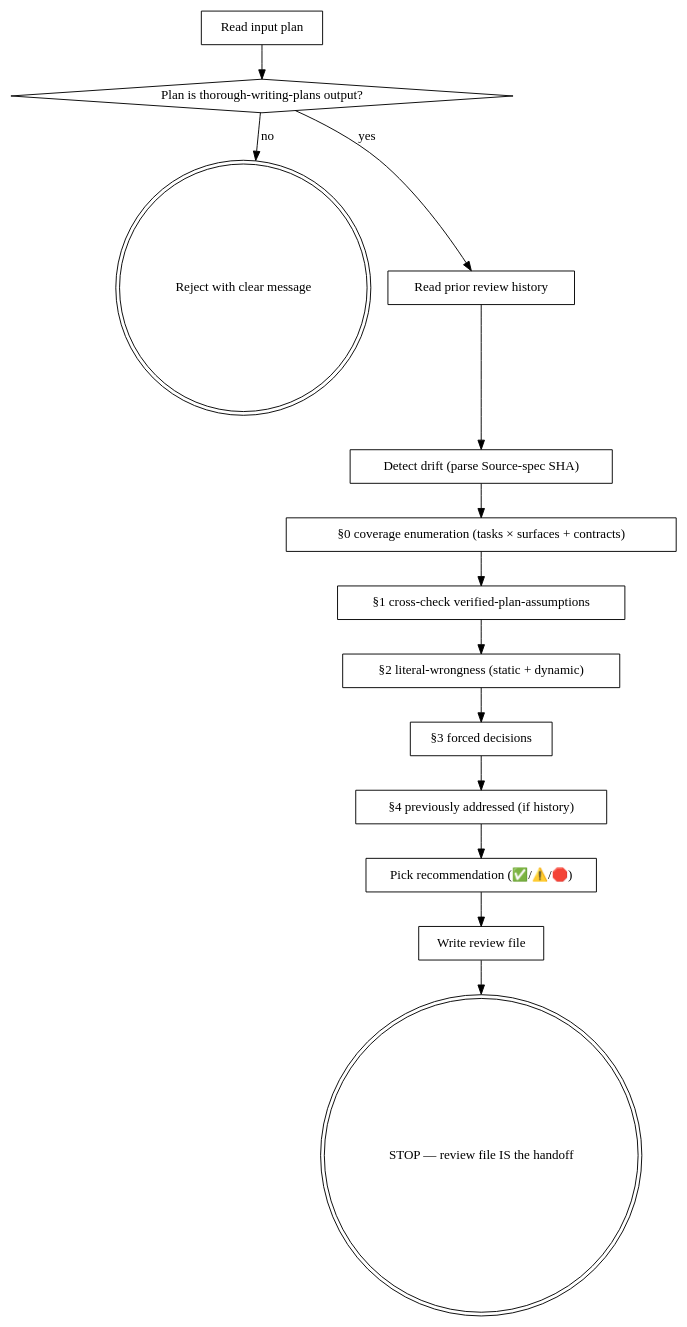
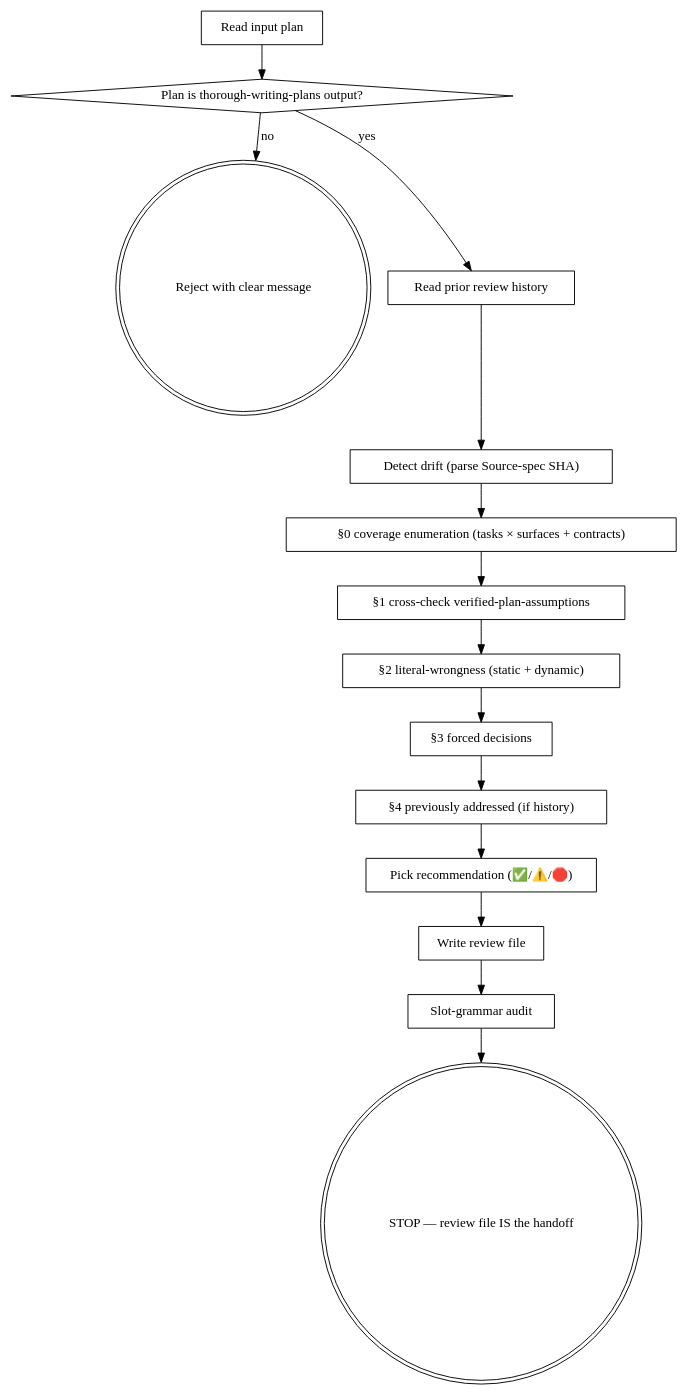
Before and after one commit to yv01p/peters-toolkit: the diagram in skills/critical-implementation-review/SKILL.md, drawn with Graphviz. The commit also changed other lines of this file and 1 other file, not shown here.

Commit message:
feat(cdr-cir): round-N>1 mandatory rows + two-form amendment anchor, fresh-context dispatch, slot-grammar audit (888l#96 R-c/R-f)

````diff
--- a/skills/critical-implementation-review/SKILL.md
+++ b/skills/critical-implementation-review/SKILL.md
@@ -42,30 +43,32 @@
 ```dot
 digraph cir_v2 {
     "Read input plan" [shape=box];
     "Plan is thorough-writing-plans output?" [shape=diamond];
     "Reject with clear message" [shape=doublecircle];
     "Read prior review history" [shape=box];
     "Detect drift (parse Source-spec SHA)" [shape=box];
     "§0 coverage enumeration (tasks × surfaces + contracts)" [shape=box];
     "§1 cross-check verified-plan-assumptions" [shape=box];
     "§2 literal-wrongness (static + dynamic)" [shape=box];
     "§3 forced decisions" [shape=box];
     "§4 previously addressed (if history)" [shape=box];
     "Pick recommendation (✅/⚠️/🛑)" [shape=box];
     "Write review file" [shape=box];
+    "Slot-grammar audit" [shape=box];
     "STOP — review file IS the handoff" [shape=doublecircle];
 
     "Read input plan" -> "Plan is thorough-writing-plans output?";
     "Plan is thorough-writing-plans output?" -> "Reject with clear message" [label="no"];
     "Plan is thorough-writing-plans output?" -> "Read prior review history" [label="yes"];
     "Read prior review history" -> "Detect drift (parse Source-spec SHA)";
     "Detect drift (parse Source-spec SHA)" -> "§0 coverage enumeration (tasks × surfaces + contracts)";
     "§0 coverage enumeration (tasks × surfaces + contracts)" -> "§1 cross-check verified-plan-assumptions";
     "§1 cross-check verified-plan-assumptions" -> "§2 literal-wrongness (static + dynamic)";
     "§2 literal-wrongness (static + dynamic)" -> "§3 forced decisions";
     "§3 forced decisions" -> "§4 previously addressed (if history)";
     "§4 previously addressed (if history)" -> "Pick recommendation (✅/⚠️/🛑)";
     "Pick recommendation (✅/⚠️/🛑)" -> "Write review file";
-    "Write review file" -> "STOP — review file IS the handoff";
+    "Write review file" -> "Slot-grammar audit";
+    "Slot-grammar audit" -> "STOP — review file IS the handoff";
 }
 ```
````
